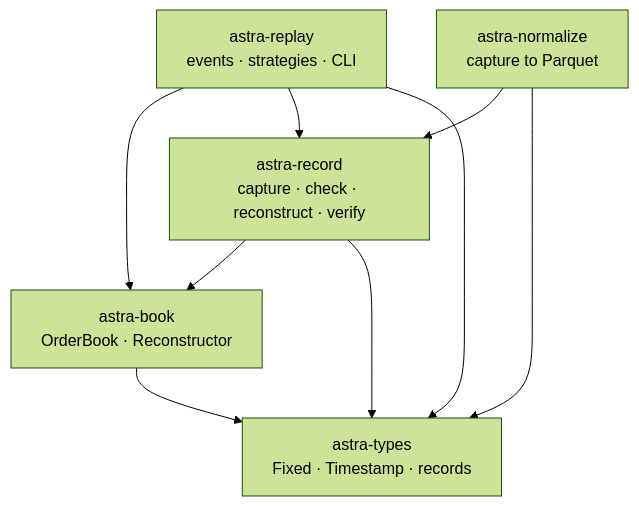
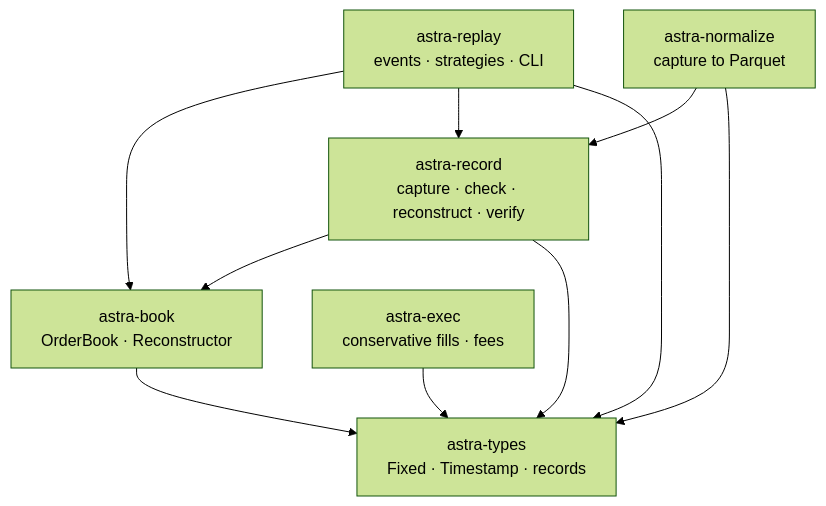
Before and after one commit to VarunGore36/AstralProject: the second of 6 diagrams in README.md, drawn with Mermaid (forest theme). The commit also changed other lines of this file and 6 other files, not shown here.

First line of the commit message:
Implement exec-v1: conservative limit-maker fills as a pure lib

````diff
--- a/README.md
+++ b/README.md
@@ -147,16 +147,18 @@
 ```mermaid
 flowchart TD
     RP[astra-replay<br/>events · strategies · CLI]
     NZ[astra-normalize<br/>capture to Parquet]
     RC[astra-record<br/>capture · check · reconstruct · verify]
     BK[astra-book<br/>OrderBook · Reconstructor]
+    EX[astra-exec<br/>conservative fills · fees]
     RT[astra-types<br/>Fixed · Timestamp · records]
     RP --> BK
     RP --> RC
     RP --> RT
     NZ --> RC
     NZ --> RT
     RC --> BK
     RC --> RT
     BK --> RT
+    EX --> RT
 ```
````
